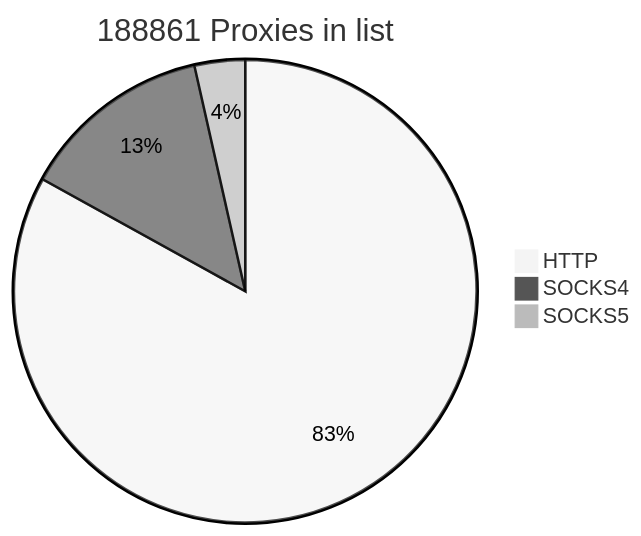
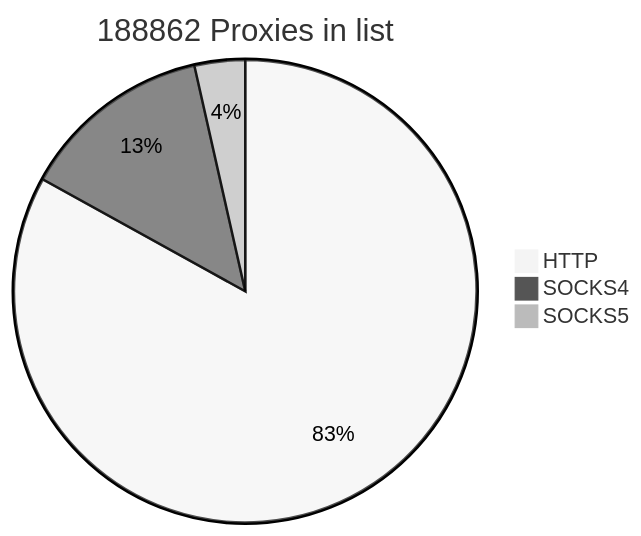
One commit to cutipu/proxylist changed the first of 2 diagrams in README.md. Above: the diagram before and after it, drawn with Mermaid (neutral theme). The commit also changed other lines of this file, not shown here.

````diff
--- a/README.md
+++ b/README.md
@@ -2,7 +2,7 @@
 ```mermaid
-pie title 188861 Proxies in list
-    "HTTP" : 156830
-    "SOCKS4" : 25366
-    "SOCKS5" : 6665
+pie title 188862 Proxies in list
+    "HTTP" : 156831
+    "SOCKS4" : 25365
+    "SOCKS5" : 6666
             
 ```
````
